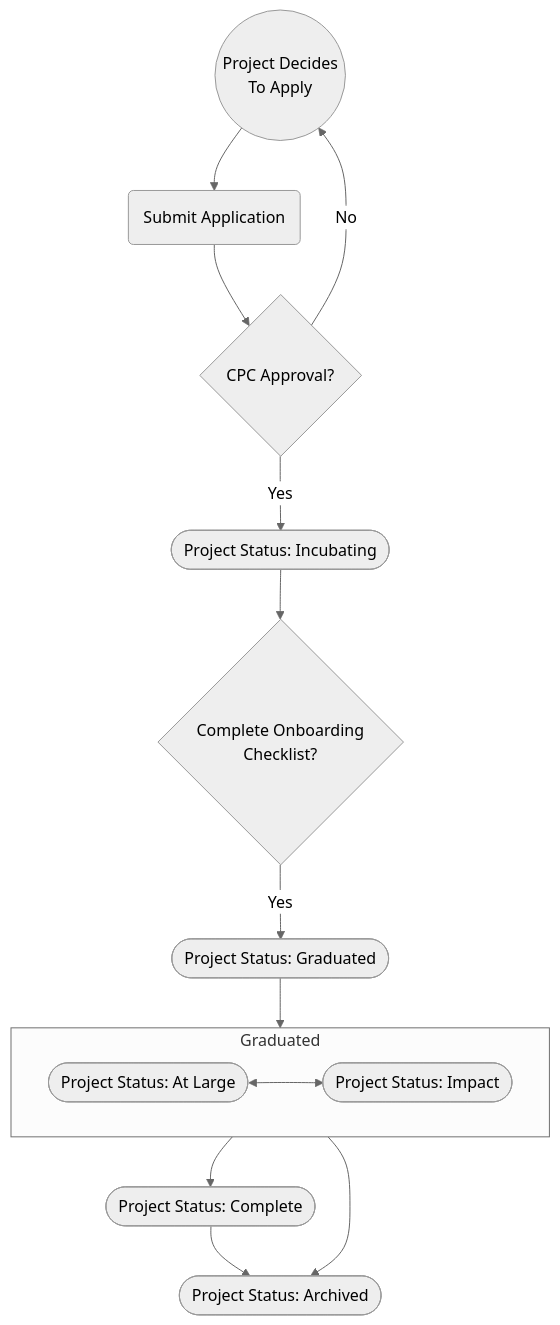
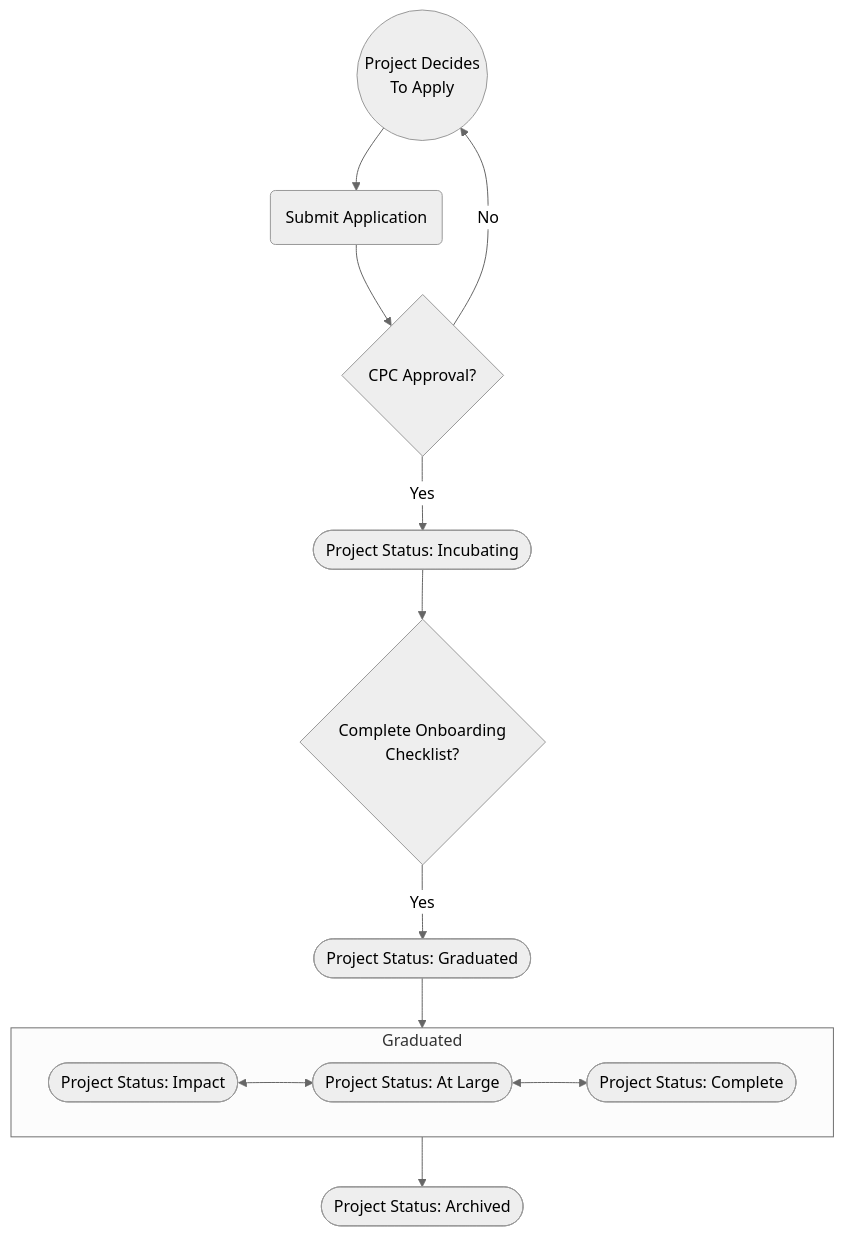
The diagram in PROJECT_PROGRESSION.md (openjs-foundation/cross-project-council), drawn with Mermaid (neutral theme) before and after one commit. The commit also changed other lines of this file, not shown here.

Commit message:
Updated to that folks can apply as a Complete project

````diff
--- a/PROJECT_PROGRESSION.md
+++ b/PROJECT_PROGRESSION.md
@@ -17,19 +17,18 @@
 ```mermaid
 
 flowchart TD
     A((Project Decides\nTo Apply)) --> 
     B(Submit Application)
     B --> C{CPC Approval?}    
     C --> |No|A
     C --> |Yes|D([Project Status: Incubating])
     D --> E{Complete Onboarding\n Checklist?}
     E --> |Yes|F([Project Status: Graduated])
     F --> Graduated 
     subgraph Graduated
        direction LR
-       a([Project Status: At Large]) <--> b([Project Status: Impact])
+       a([Project Status: Impact]) <--> b([Project Status: At Large])
+       b <--> c([Project Status: Complete])
     end
-    Graduated --> H([Project Status: Complete])
-    H -->I
     Graduated --> I([Project Status: Archived])
 ```
````
